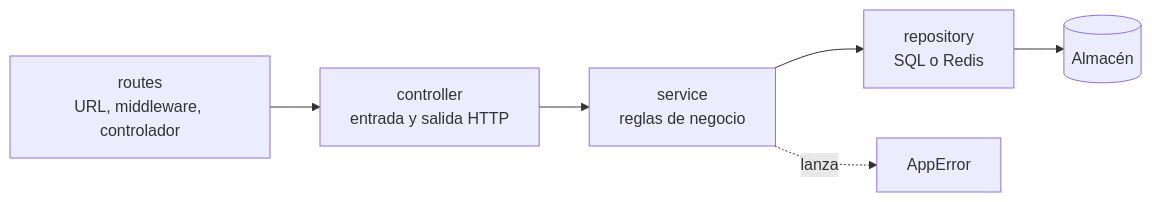
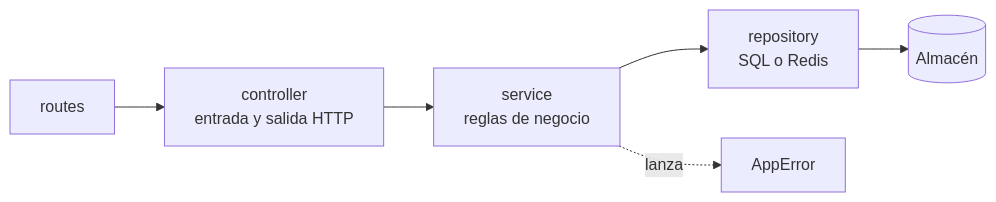
One commit to pillacarodriguezuriel-a11y/social_unsch changed the second of 4 diagrams in docs/04-modelo-c4/03-componentes-del-backend.md. Above: the diagram before and after it, drawn with Mermaid. The commit also changed other lines of this file and 44 other files, not shown here.

````diff
--- a/docs/04-modelo-c4/03-componentes-del-backend.md
+++ b/docs/04-modelo-c4/03-componentes-del-backend.md
@@ -87,8 +102,8 @@
 ```mermaid
 flowchart LR
-    RT["routes<br/>URL, middleware, controlador"] --> CT["controller<br/>entrada y salida HTTP"]
+    RT["routes"] --> CT["controller<br/>entrada y salida HTTP"]
     CT --> SV["service<br/>reglas de negocio"]
     SV --> RP["repository<br/>SQL o Redis"]
     RP --> ST[("Almacén")]
     SV -. "lanza" .-> AE["AppError"]
 ```
````
